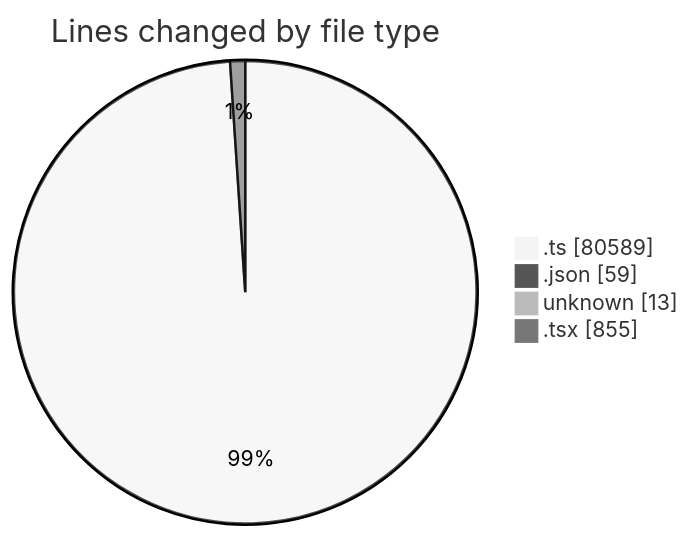
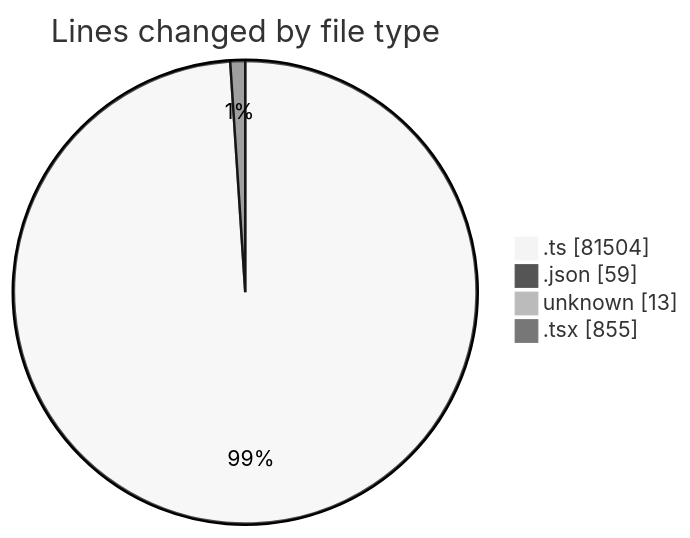
Before and after one commit to momahboobian/code-tracking: the first of 2 diagrams in 2025-09-09/cda/README.md, drawn with Mermaid (neutral theme). The commit also changed other lines of this file and 1 other file, not shown here.

````diff
--- a/2025-09-09/cda/README.md
+++ b/2025-09-09/cda/README.md
@@ -128,8 +128,8 @@
 ```mermaid
 pie showData
 title Lines changed by file type
-".ts" : 80589
+".ts" : 81504
 ".json" : 59
 "unknown" : 13
 ".tsx" : 855
 ```
````
